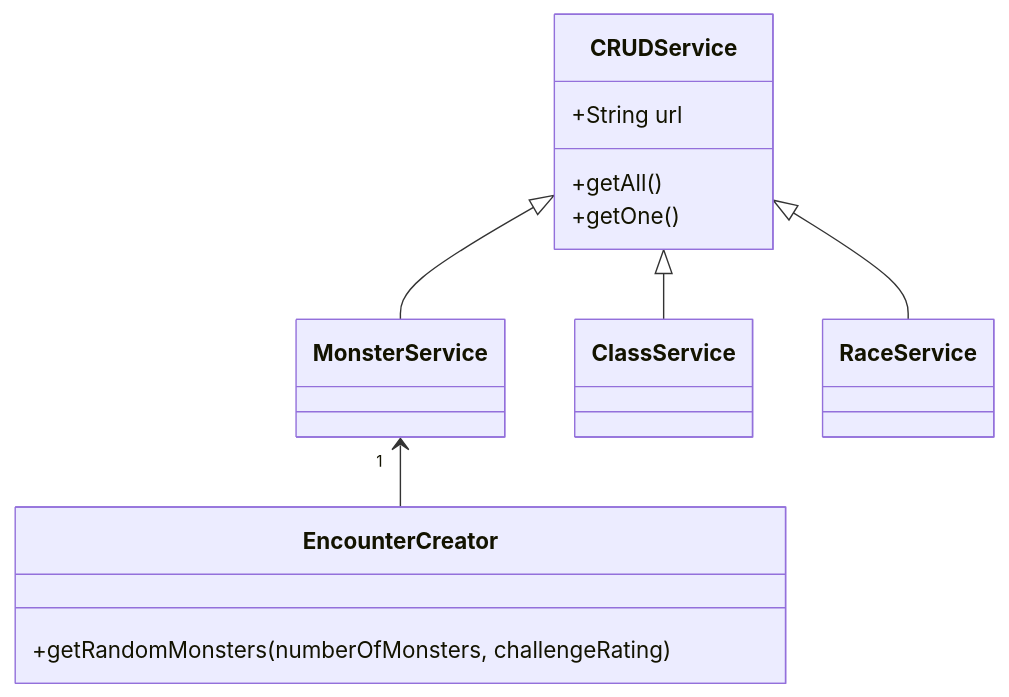
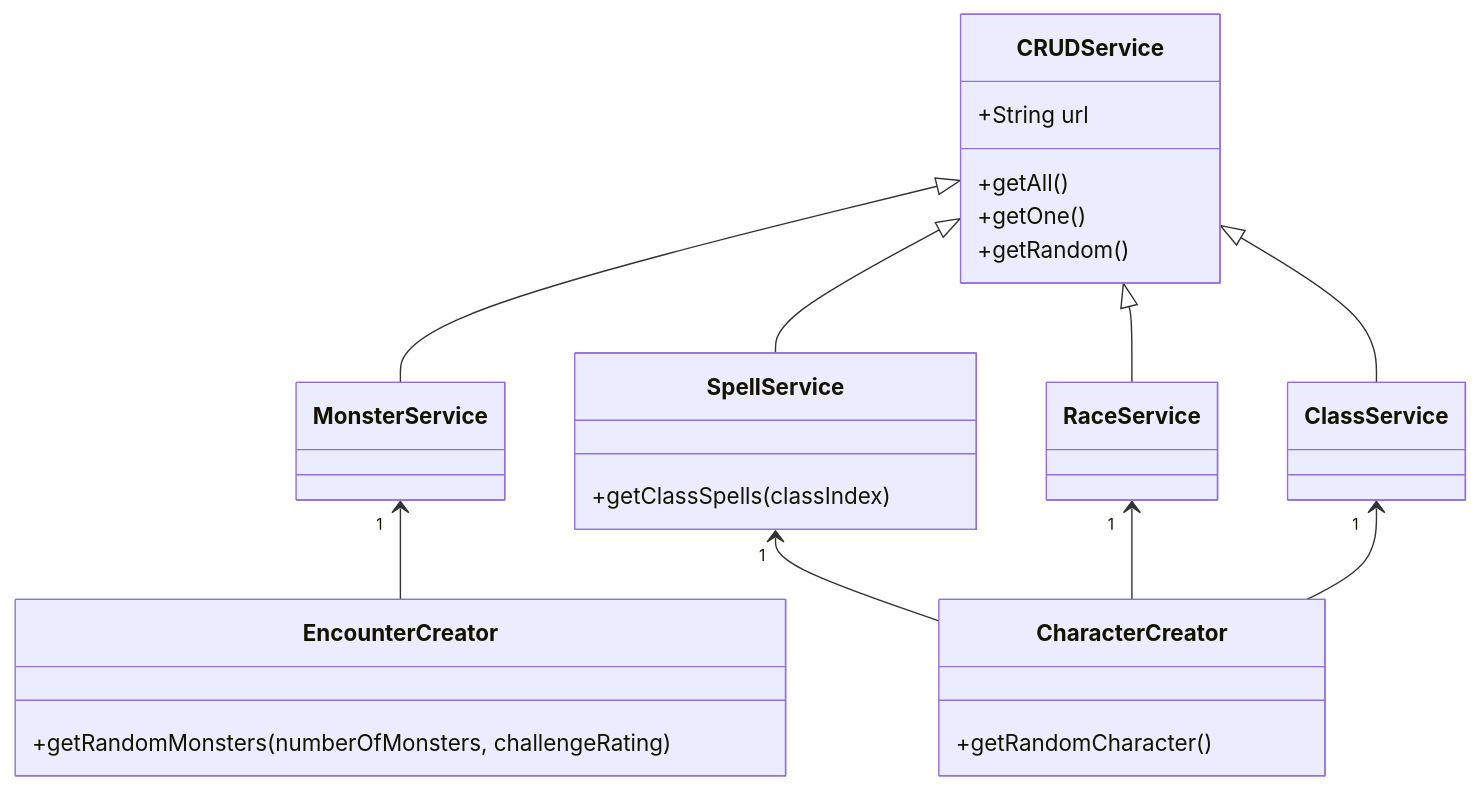
One commit to wachtelhund/1dv61-_lab2 changed the diagram in README.md. Above: the diagram before and after it, drawn with Mermaid. The commit also changed other lines of this file and 1 other file, not shown here.

````diff
--- a/README.md
+++ b/README.md
@@ -20,19 +20,32 @@
 ```mermaid
     classDiagram
         CRUDService <|-- MonsterService
         CRUDService <|-- ClassService
         CRUDService <|-- RaceService
+        CRUDService <|-- SpellService
 
         MonsterService"1"<--EncounterCreator
+        SpellService"1"<--CharacterCreator
+        RaceService"1"<--CharacterCreator
+        ClassService"1"<--CharacterCreator
 
 
         class CRUDService{
             +String url
             +getAll()
             +getOne()
+            +getRandom()
+        }
+
+        class SpellService{
+            +getClassSpells(classIndex)
         }
 
         class EncounterCreator{
             +getRandomMonsters(numberOfMonsters, challengeRating)
         }
+
+        class CharacterCreator{
+            +getRandomCharacter()
+        }
 ```
````
